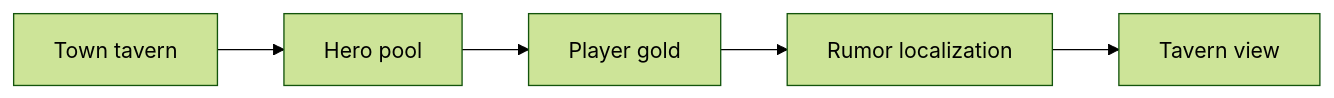
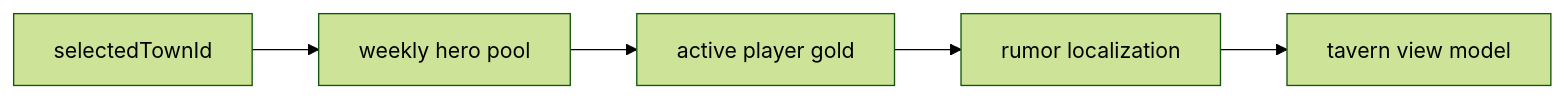
Before and after one commit to SunaNoOshiro/Heroes_Reforged_AI_Realms: the second of 5 diagrams in docs/architecture/wiki/screens/28-tavern/architecture.md, drawn with Mermaid (forest theme). The commit also changed other lines of this file and 518 other files, not shown here.

First line of the commit message:
Add doc-audit skill and sweep architecture/screen docs

````diff
--- a/docs/architecture/wiki/screens/28-tavern/architecture.md
+++ b/docs/architecture/wiki/screens/28-tavern/architecture.md
@@ -34,8 +43,8 @@
 ```mermaid
 flowchart LR
-  L0["Town tavern"] --> L1
-  L1["Hero pool"] --> L2
-  L2["Player gold"] --> L3
-  L3["Rumor localization"] --> L4
-  L4["Tavern view"]
+  L0["selectedTownId"] --> L1
+  L1["weekly hero pool"] --> L2
+  L2["active player gold"] --> L3
+  L3["rumor localization"] --> L4
+  L4["tavern view model"]
 ```
````
